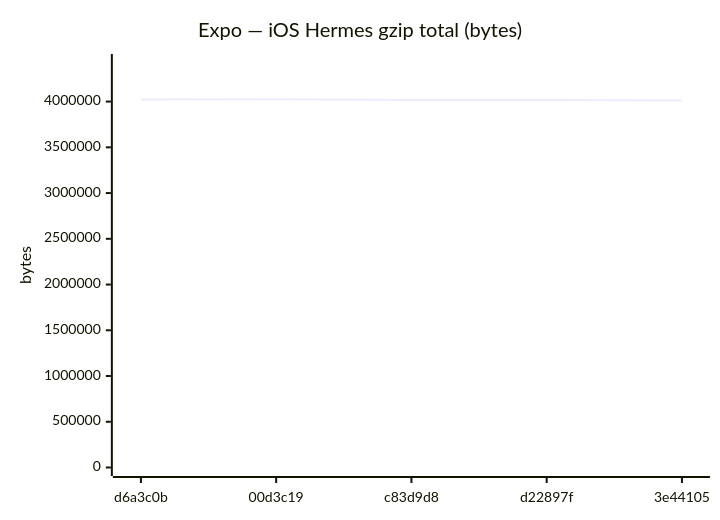
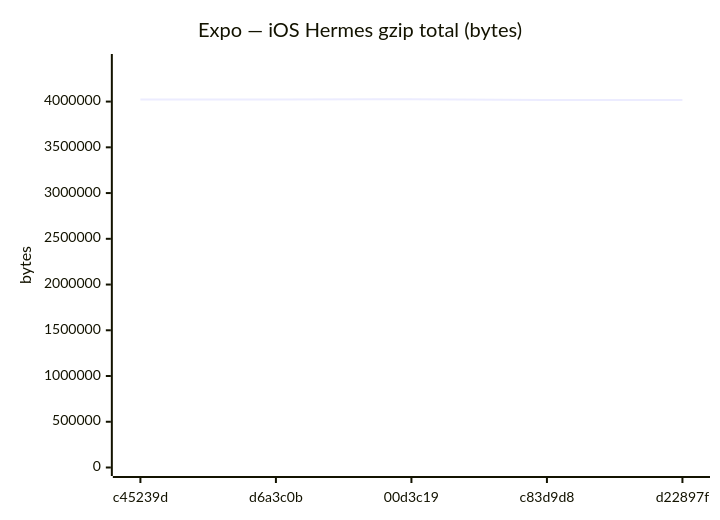
One commit to Metaheurist/Rianell changed diagram 12 of 18 in benchmarks/compare.md. Above: the diagram before and after it, drawn with Mermaid. The commit also changed other lines of this file and 11 other files, not shown here.

````diff
--- a/benchmarks/compare.md
+++ b/benchmarks/compare.md
@@ -179,7 +179,7 @@
 ```mermaid
 xychart-beta
     title "Expo — iOS Hermes gzip total (bytes)"
-    x-axis ["d6a3c0b", "00d3c19", "c83d9d8", "d22897f", "3e44105"]
+    x-axis ["c45239d", "d6a3c0b", "00d3c19", "c83d9d8", "d22897f"]
     y-axis "bytes" 0 --> 4427238
-    line [4023645, 4024761, 4017281, 4017565, 4012063]
+    line [4023650, 4023645, 4024761, 4017281, 4017565]
 ```
````
